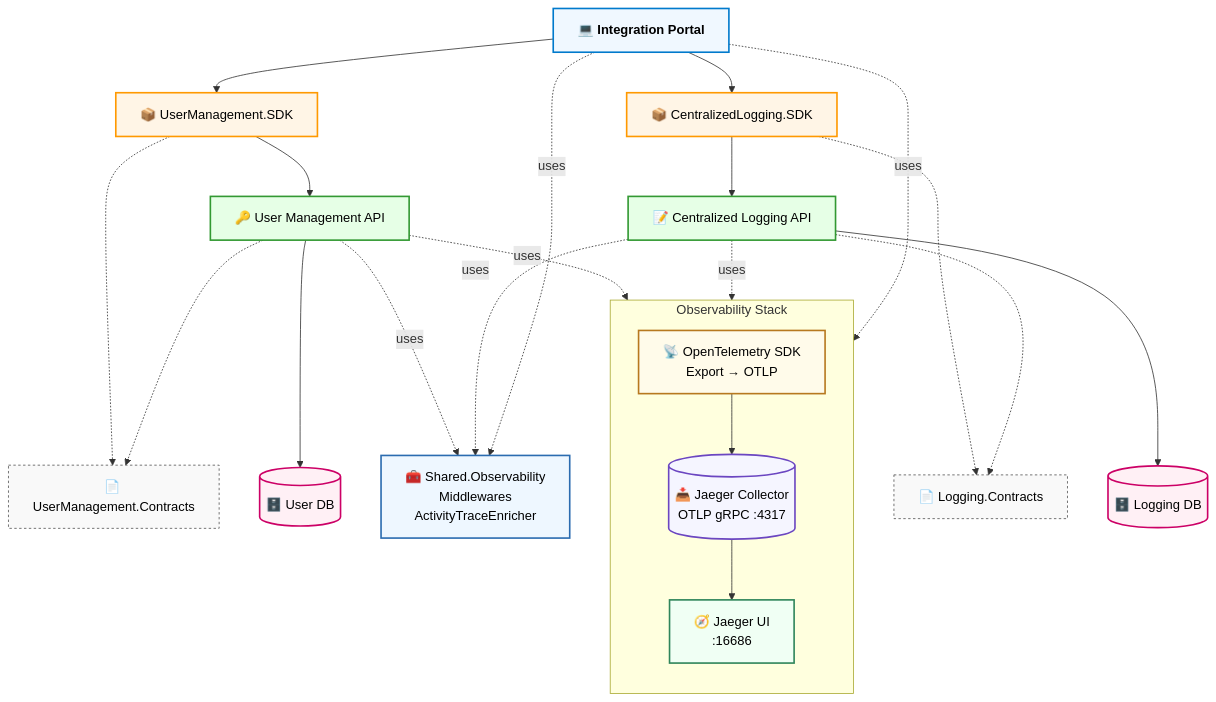
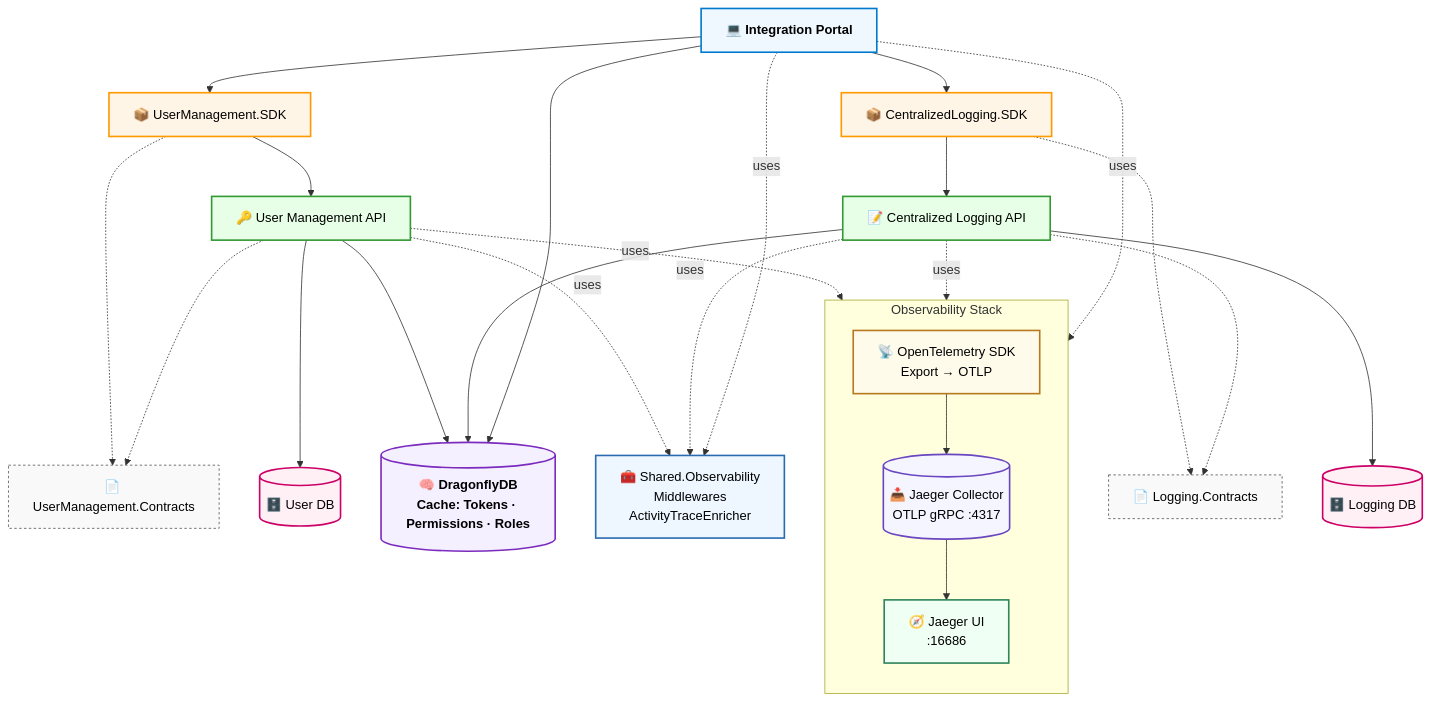
The diagram in docs/integration_portal_architecture.mmd (HasanJaved-Developer/ConsistentAuthZ), drawn with Mermaid before and after one commit. The commit also changed 2 other files, not shown here.

Commit message:
architecture diagram updated

```diff
--- a/docs/integration_portal_architecture.mmd
+++ b/docs/integration_portal_architecture.mmd
@@ -1,73 +1,78 @@
 flowchart TB  
   %% --- Clients ---  
   Portal[💻 Integration Portal<br/>]:::client
     
   %% --- OpenTelemetry & Jaeger (Tracing) ---
   subgraph OBS[Observability Stack]
     direction TB
     OTEL[📡 OpenTelemetry SDK<br/>Export → OTLP]:::otel
     J_COLLECTOR[(📥 Jaeger Collector<br/>OTLP gRPC :4317)]:::infra
     J_UI[🧭 Jaeger UI<br/>:16686]:::ui
     OTEL --> J_COLLECTOR --> J_UI
   end
 
   %% --- SDKs ---
   UM_SDK[📦 UserManagement.SDK]:::sdk
   LOG_SDK[📦 CentralizedLogging.SDK]:::sdk
 
   %% --- APIs ---
   UM_API[🔑 User Management API]:::api
   LOG_API[📝 Centralized Logging API]:::api
 
   %% --- Contracts ---
   UM_CONTRACTS[📄 UserManagement.Contracts]:::contract
   LOG_CONTRACTS[📄 Logging.Contracts]:::contract
 
   %% --- Databases ---
   UDB[(🗄️ User DB)]:::db
   LDB[(🗄️ Logging DB)]:::db
 
+  %% --- Distributed Cache ---
+  DRAGONFLY[(🧠 DragonflyDB<br/>Cache: Tokens · Permissions · Roles)]:::cache
+
   %% --- Shared Observability Library ---
   SHARED[🧰 Shared.Observability<br/>Middlewares<br/>ActivityTraceEnricher]:::lib
-
- 
-
 
   %% --- Flows ---
   %% Clients use SDKs
   Portal --> UM_SDK --> UM_API
   Portal --> LOG_SDK --> LOG_API
   
   %% SDKs depend on contracts
   UM_SDK -.-> UM_CONTRACTS
   LOG_SDK -.-> LOG_CONTRACTS
 
   %% APIs also follow contracts
   UM_API -.-> UM_CONTRACTS
   LOG_API -.-> LOG_CONTRACTS
 
   %% APIs use DBs
   UM_API --> UDB
   LOG_API --> LDB
 
+  %% APIs use DragonflyDB cache
+  UM_API --> DRAGONFLY
+  LOG_API --> DRAGONFLY
+  Portal --> DRAGONFLY
+
   %% APIs use Shared Library (middlewares + enricher)
   UM_API -. uses .-> SHARED
   LOG_API -. uses .-> SHARED
   Portal -. uses .-> SHARED
 
   %% APIs emit traces via OTel to Jaeger
   UM_API -. uses .-> OTEL
   LOG_API -. uses .-> OTEL
   Portal -. uses .-> OTEL
 
   %% --- Styles ---
   classDef client fill:#f0f8ff,stroke:#007acc,stroke-width:2px,color:#000,font-weight:bold;
   classDef sdk fill:#fff5e6,stroke:#ff9900,stroke-width:2px,color:#000;
   classDef api fill:#e6ffe6,stroke:#339933,stroke-width:2px,color:#000;
-  classDef contract fill:#f9f9f9,stroke:#555555,stroke-dasharray: 3 3,color:#000;
+  classDef contract fill:#f9f9f9,stroke:#555555,stroke-dasharray:3 3,color:#000;
   classDef db fill:#fff0f5,stroke:#cc0066,stroke-width:2px,color:#000;
-  
+  classDef cache fill:#f5f0ff,stroke:#7b2cbf,stroke-width:2px,color:#000,font-weight:bold;
   classDef lib fill:#eef7ff,stroke:#2b6cb0,stroke-width:2px,color:#000;
   classDef otel fill:#fffbea,stroke:#b7791f,stroke-width:2px,color:#000;
   classDef infra fill:#f5f5ff,stroke:#6b46c1,stroke-width:2px,color:#000;
   classDef ui fill:#f0fff4,stroke:#2f855a,stroke-width:2px,color:#000;
```
